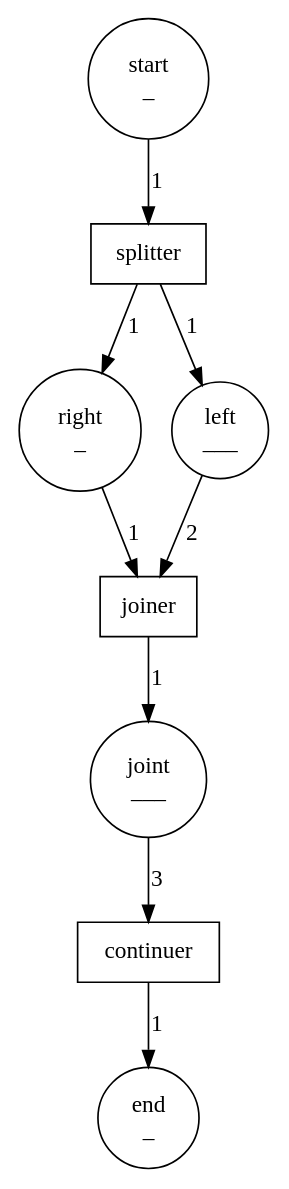
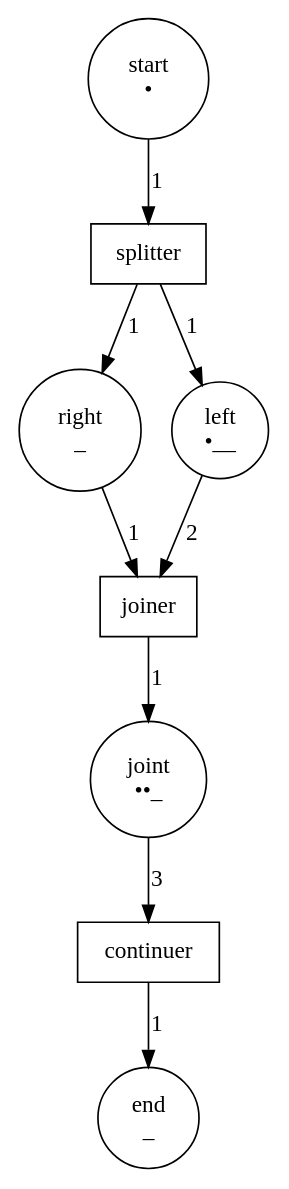
The diagram in petrinet1.dot (iandebeer/castanet), drawn with Graphviz before and after one commit. The commit also changed 14 other files, not shown here.

```diff
--- a/petrinet1.dot
+++ b/petrinet1.dot
@@ -1,19 +1,19 @@
 digraph G {
 0 [label="right\n_\n" shape=circle]
-1 [label="left\n___\n" shape=circle]
+1 [label="left\n•__\n" shape=circle]
 2 [label="end\n_\n" shape=circle]
 3 [label="continuer" shape=box]
 4 [label="joiner" shape=box]
-5 [label="start\n_\n" shape=circle]
+5 [label="start\n•\n" shape=circle]
 6 [label="splitter" shape=box]
-7 [label="joint\n___\n" shape=circle]
+7 [label="joint\n••_\n" shape=circle]
 
 0 -> 4 [label="1" ] 
 1 -> 4 [label="2" ] 
 3 -> 2 [label="1" ] 
 4 -> 7 [label="1" ] 
 5 -> 6 [label="1" ] 
 6 -> 1 [label="1" ] 
 6 -> 0 [label="1" ] 
 7 -> 3 [label="3" ] 
 }
```
